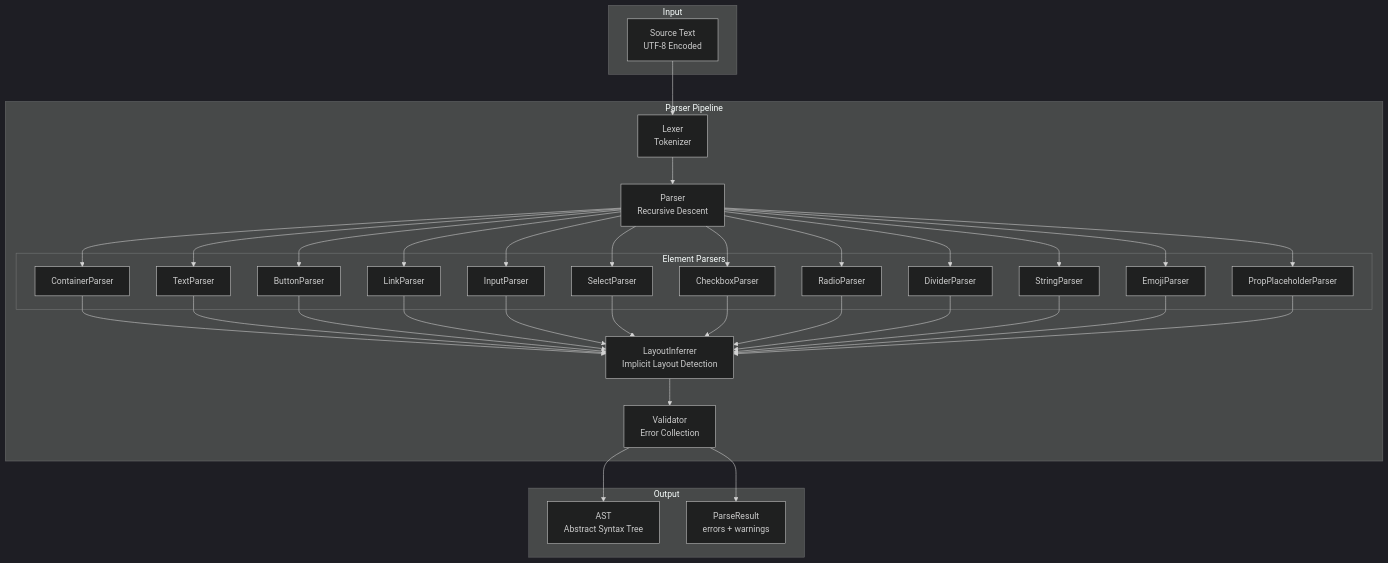
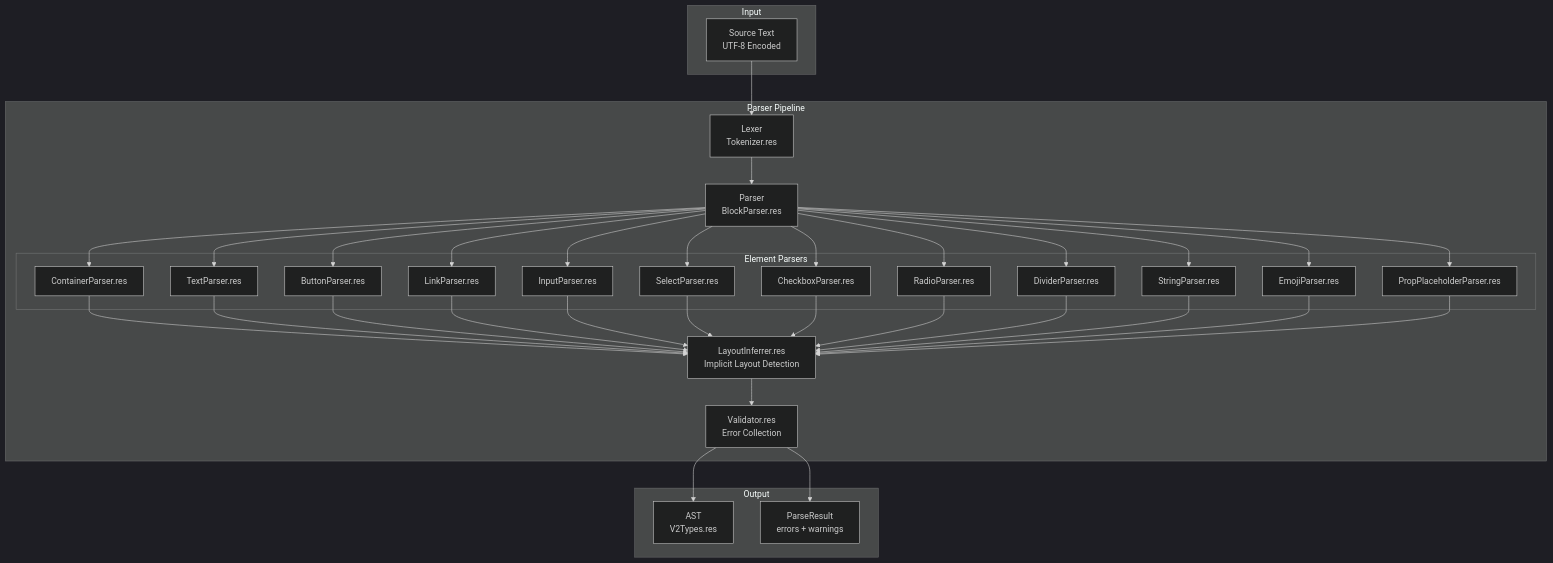
The first of 9 diagrams in .claude/specs/syntax-v2-parser/design.md (wickedev/wyreframe), drawn with Mermaid (dark theme) before and after one commit. The commit also changed other lines of this file and 12 other files, not shown here.

Commit message:
feat: add parser module scaffolding - Update syntax-v2-parser spec documents (design, tasks) - Add lexer module stubs (scanner, token-stream) - Add parser module stubs (block-parser, context, priority-matcher) - Add type definitions (ast, tokens, errors, options)

````diff
--- a/.claude/specs/syntax-v2-parser/design.md
+++ b/.claude/specs/syntax-v2-parser/design.md
@@ -39,66 +41,66 @@
 ```mermaid
 graph TB
     subgraph Input
         SOURCE[Source Text<br/>UTF-8 Encoded]
     end
 
     subgraph "Parser Pipeline"
-        LEXER[Lexer<br/>Tokenizer]
-        PARSER[Parser<br/>Recursive Descent]
+        LEXER[Lexer<br/>Tokenizer.res]
+        PARSER[Parser<br/>BlockParser.res]
 
         subgraph "Element Parsers"
-            EP_CONTAINER[ContainerParser]
-            EP_TEXT[TextParser]
-            EP_BUTTON[ButtonParser]
-            EP_LINK[LinkParser]
-            EP_INPUT[InputParser]
-            EP_SELECT[SelectParser]
-            EP_CHECKBOX[CheckboxParser]
-            EP_RADIO[RadioParser]
-            EP_DIVIDER[DividerParser]
-            EP_STRING[StringParser]
-            EP_EMOJI[EmojiParser]
-            EP_PROP[PropPlaceholderParser]
+            EP_CONTAINER[ContainerParser.res]
+            EP_TEXT[TextParser.res]
+            EP_BUTTON[ButtonParser.res]
+            EP_LINK[LinkParser.res]
+            EP_INPUT[InputParser.res]
+            EP_SELECT[SelectParser.res]
+            EP_CHECKBOX[CheckboxParser.res]
+            EP_RADIO[RadioParser.res]
+            EP_DIVIDER[DividerParser.res]
+            EP_STRING[StringParser.res]
+            EP_EMOJI[EmojiParser.res]
+            EP_PROP[PropPlaceholderParser.res]
         end
 
-        LAYOUT[LayoutInferrer<br/>Implicit Layout Detection]
-        VALIDATOR[Validator<br/>Error Collection]
+        LAYOUT[LayoutInferrer.res<br/>Implicit Layout Detection]
+        VALIDATOR[Validator.res<br/>Error Collection]
     end
 
     subgraph Output
-        AST[AST<br/>Abstract Syntax Tree]
+        AST[AST<br/>V2Types.res]
         ERRORS[ParseResult<br/>errors + warnings]
     end
 
     SOURCE --> LEXER
     LEXER --> PARSER
     PARSER --> EP_CONTAINER
     PARSER --> EP_TEXT
     PARSER --> EP_BUTTON
     PARSER --> EP_LINK
     PARSER --> EP_INPUT
     PARSER --> EP_SELECT
     PARSER --> EP_CHECKBOX
     PARSER --> EP_RADIO
     PARSER --> EP_DIVIDER
     PARSER --> EP_STRING
     PARSER --> EP_EMOJI
     PARSER --> EP_PROP
 
     EP_CONTAINER --> LAYOUT
     EP_TEXT --> LAYOUT
     EP_BUTTON --> LAYOUT
     EP_LINK --> LAYOUT
     EP_INPUT --> LAYOUT
     EP_SELECT --> LAYOUT
     EP_CHECKBOX --> LAYOUT
     EP_RADIO --> LAYOUT
     EP_DIVIDER --> LAYOUT
     EP_STRING --> LAYOUT
     EP_EMOJI --> LAYOUT
     EP_PROP --> LAYOUT
 
     LAYOUT --> VALIDATOR
     VALIDATOR --> AST
     VALIDATOR --> ERRORS
 ```
````
